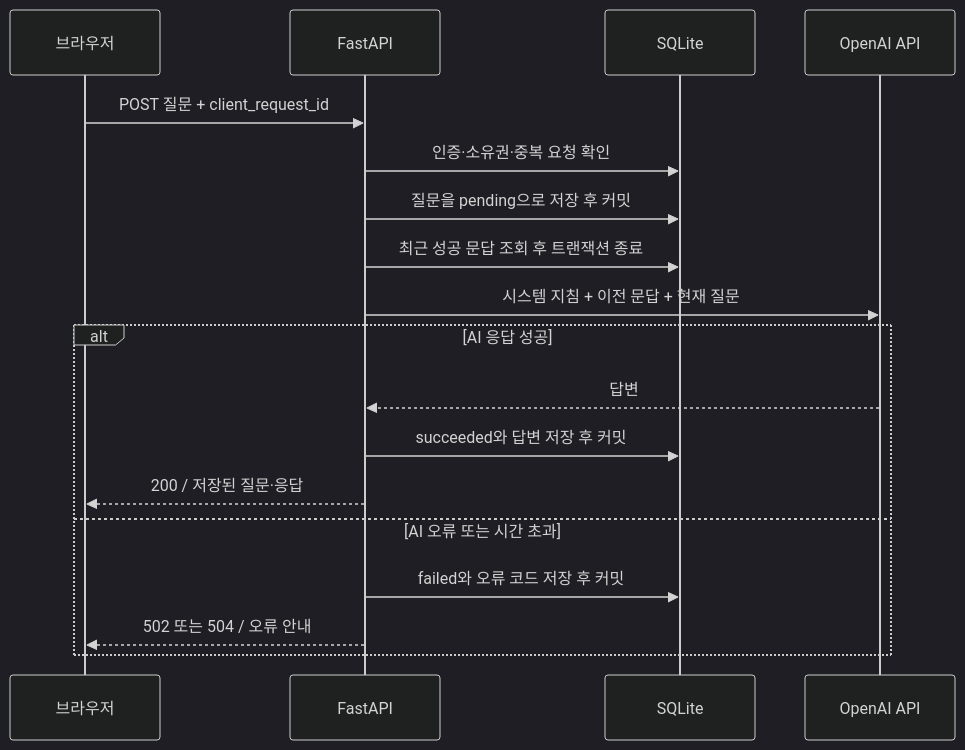
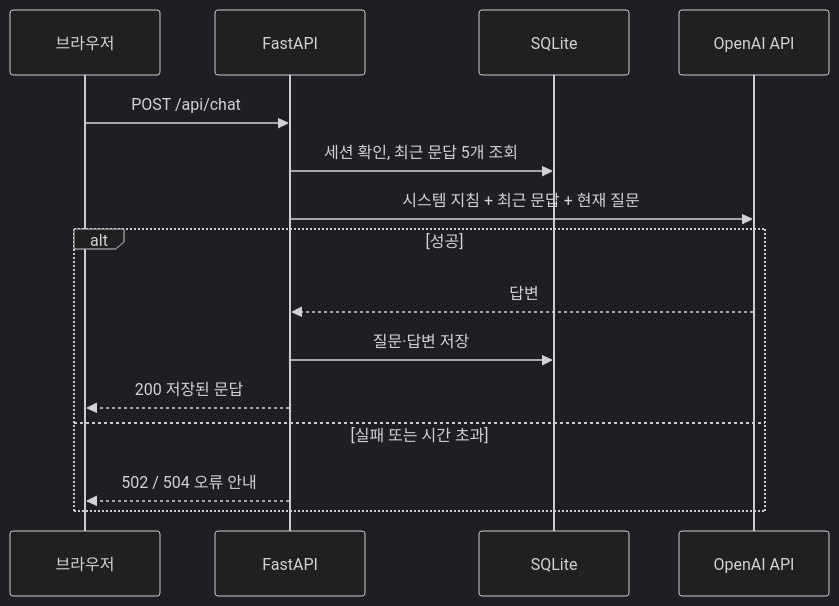
Before and after one commit to 1st0Groom/B7-1: the third of 3 diagrams in docs/design.md, drawn with Mermaid (dark theme). The commit also changed other lines of this file and 80 other files, not shown here.

````diff
--- a/docs/design.md
+++ b/docs/design.md
@@ -188,20 +88,17 @@
 ```mermaid
 sequenceDiagram
     participant B as 브라우저
     participant F as FastAPI
     participant D as SQLite
     participant A as OpenAI API
-    B->>F: POST 질문 + client_request_id
-    F->>D: 인증·소유권·중복 요청 확인
-    F->>D: 질문을 pending으로 저장 후 커밋
-    F->>D: 최근 성공 문답 조회 후 트랜잭션 종료
-    F->>A: 시스템 지침 + 이전 문답 + 현재 질문
-    alt AI 응답 성공
+    B->>F: POST /api/chat
+    F->>D: 세션 확인, 최근 문답 5개 조회
+    F->>A: 시스템 지침 + 최근 문답 + 현재 질문
+    alt 성공
         A-->>F: 답변
-        F->>D: succeeded와 답변 저장 후 커밋
-        F-->>B: 200 / 저장된 질문·응답
-    else AI 오류 또는 시간 초과
-        F->>D: failed와 오류 코드 저장 후 커밋
-        F-->>B: 502 또는 504 / 오류 안내
+        F->>D: 질문·답변 저장
+        F-->>B: 200 저장된 문답
+    else 실패 또는 시간 초과
+        F-->>B: 502 / 504 오류 안내
     end
 ```
````
